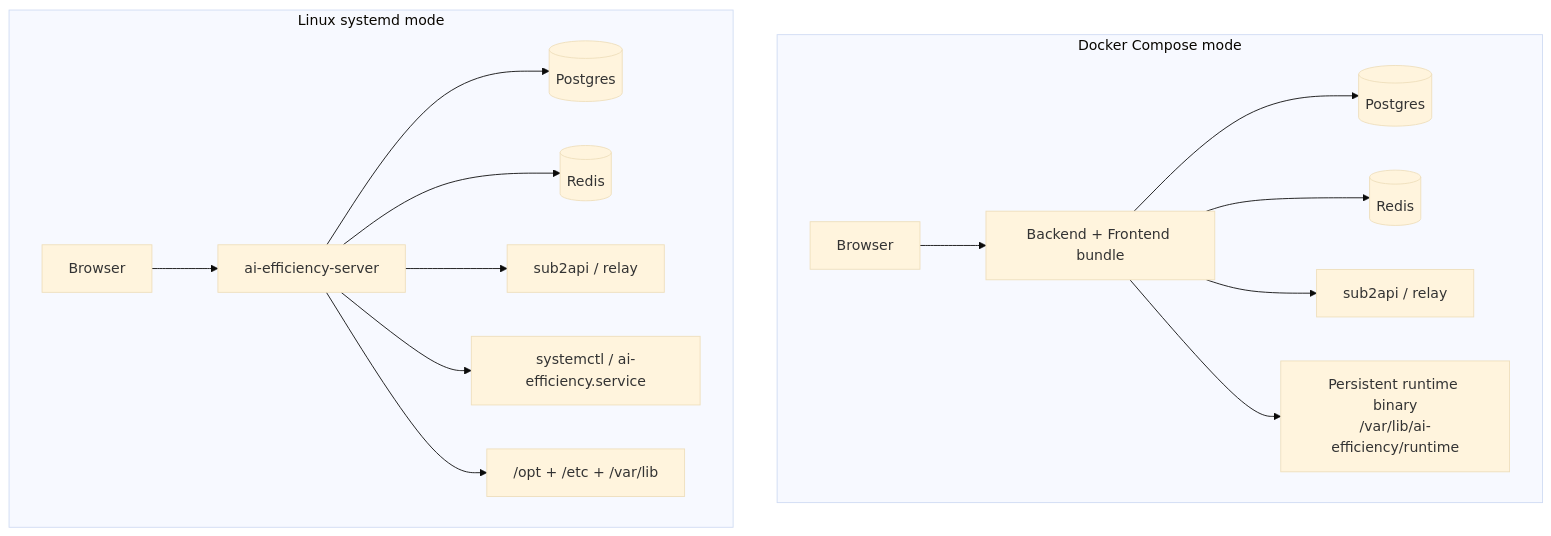
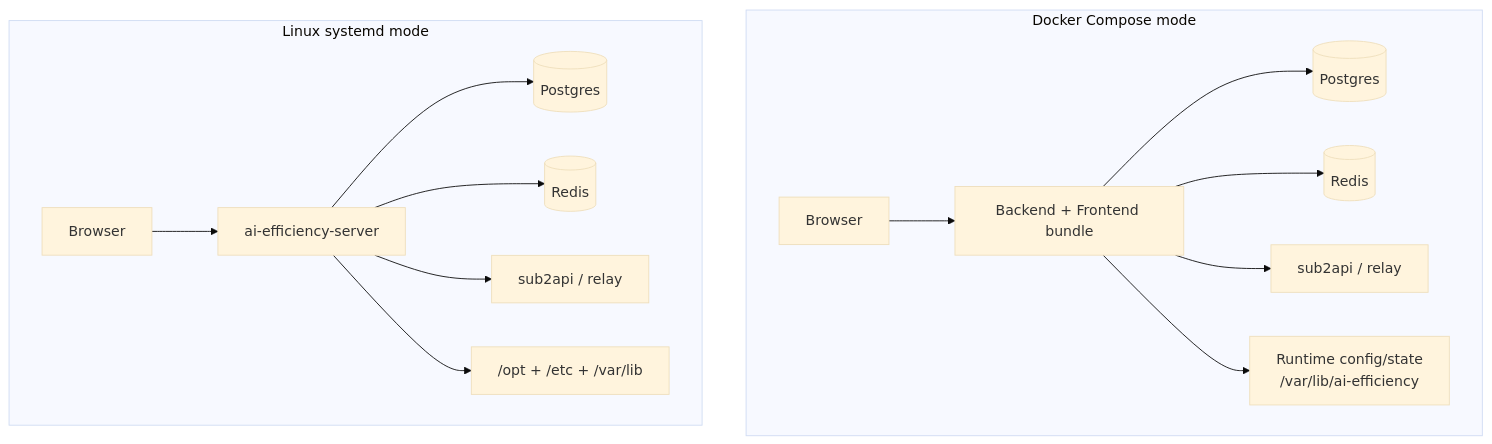
Before and after one commit to LichKing-2234/ai-efficiency: the second of 4 diagrams in docs/architecture.md, drawn with Mermaid (base theme). The commit also changed other lines of this file and 56 other files, not shown here.

````diff
--- a/docs/architecture.md
+++ b/docs/architecture.md
@@ -73,34 +73,32 @@
 ```mermaid
 flowchart TD
     subgraph Compose["Docker Compose mode"]
     Browser["Browser"]
     Backend["Backend + Frontend bundle"]
-    Runtime["Persistent runtime binary<br/>/var/lib/ai-efficiency/runtime"]
+    State["Runtime config/state<br/>/var/lib/ai-efficiency"]
     DB[("Postgres")]
     Redis[("Redis")]
     Relay["sub2api / relay"]
 
     Browser --> Backend
     Backend --> DB
     Backend --> Redis
     Backend --> Relay
-    Backend --> Runtime
+    Backend --> State
     end
 
     subgraph Systemd["Linux systemd mode"]
     Browser2["Browser"]
     Backend2["ai-efficiency-server"]
-    Systemctl["systemctl / ai-efficiency.service"]
     FS["/opt + /etc + /var/lib"]
     Relay2["sub2api / relay"]
     DB2[("Postgres")]
     Redis2[("Redis")]
 
     Browser2 --> Backend2
     Backend2 --> DB2
     Backend2 --> Redis2
     Backend2 --> Relay2
-    Backend2 --> Systemctl
     Backend2 --> FS
     end
 ```
````
